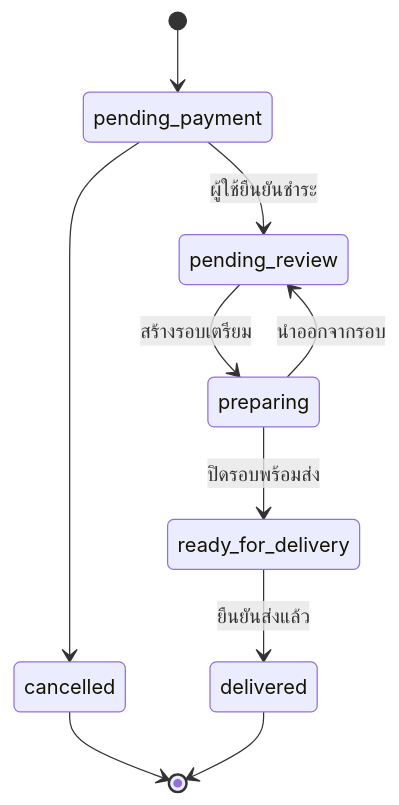
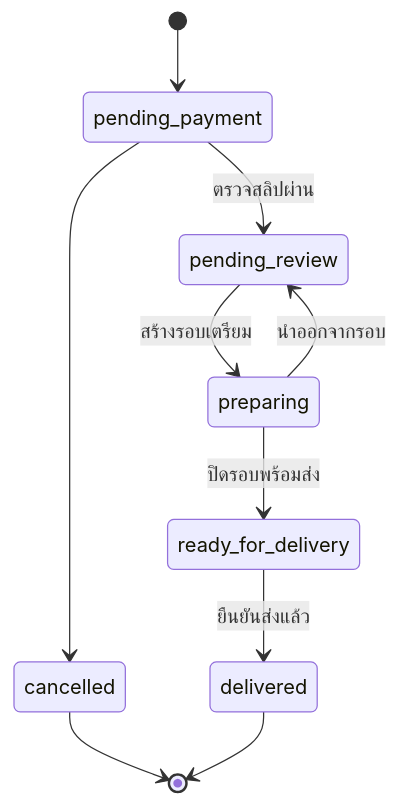
One commit to bank188950/shop changed the second of 2 diagrams in openwiki/workflows/orders-and-fulfillment.md. Above: the diagram before and after it, drawn with Mermaid. The commit also changed other lines of this file and 5 other files, not shown here.

````diff
--- a/openwiki/workflows/orders-and-fulfillment.md
+++ b/openwiki/workflows/orders-and-fulfillment.md
@@ -42,12 +47,12 @@
 ```mermaid
 stateDiagram-v2
     [*] --> pending_payment
-    pending_payment --> pending_review: ผู้ใช้ยืนยันชำระ
+    pending_payment --> pending_review: ตรวจสลิปผ่าน
     pending_payment --> cancelled
     pending_review --> preparing: สร้างรอบเตรียม
     preparing --> pending_review: นำออกจากรอบ
     preparing --> ready_for_delivery: ปิดรอบพร้อมส่ง
     ready_for_delivery --> delivered: ยืนยันส่งแล้ว
     cancelled --> [*]
     delivered --> [*]
 ```
````
